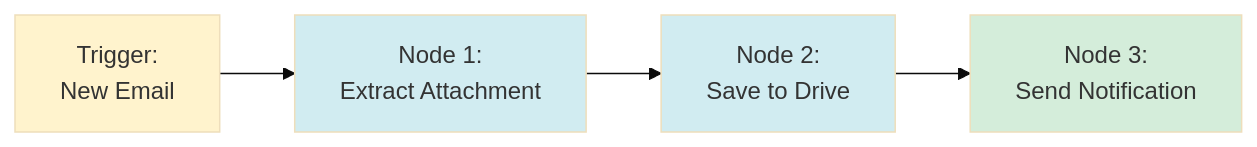
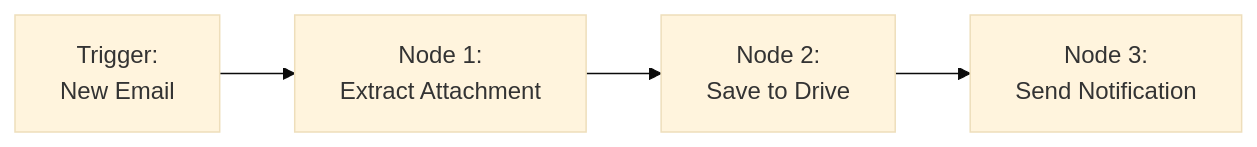
One commit to wtoloza-dev/ZTH-n8n-Engineer changed the second of 11 diagrams in lessons/01-foundations/theory/03-how-it-works.md. Above: the diagram before and after it, drawn with Mermaid (base theme). The commit also changed other lines of this file and 31 other files, not shown here.

````diff
--- a/lessons/01-foundations/theory/03-how-it-works.md
+++ b/lessons/01-foundations/theory/03-how-it-works.md
@@ -46,11 +40,6 @@
 ```mermaid
 graph LR
     A[Trigger:<br/>New Email] --> B[Node 1:<br/>Extract Attachment]
     B --> C[Node 2:<br/>Save to Drive]
     C --> D[Node 3:<br/>Send Notification]
-    
-    style A fill:#fff3cd
-    style B fill:#d1ecf1
-    style C fill:#d1ecf1
-    style D fill:#d4edda
 ```
````
